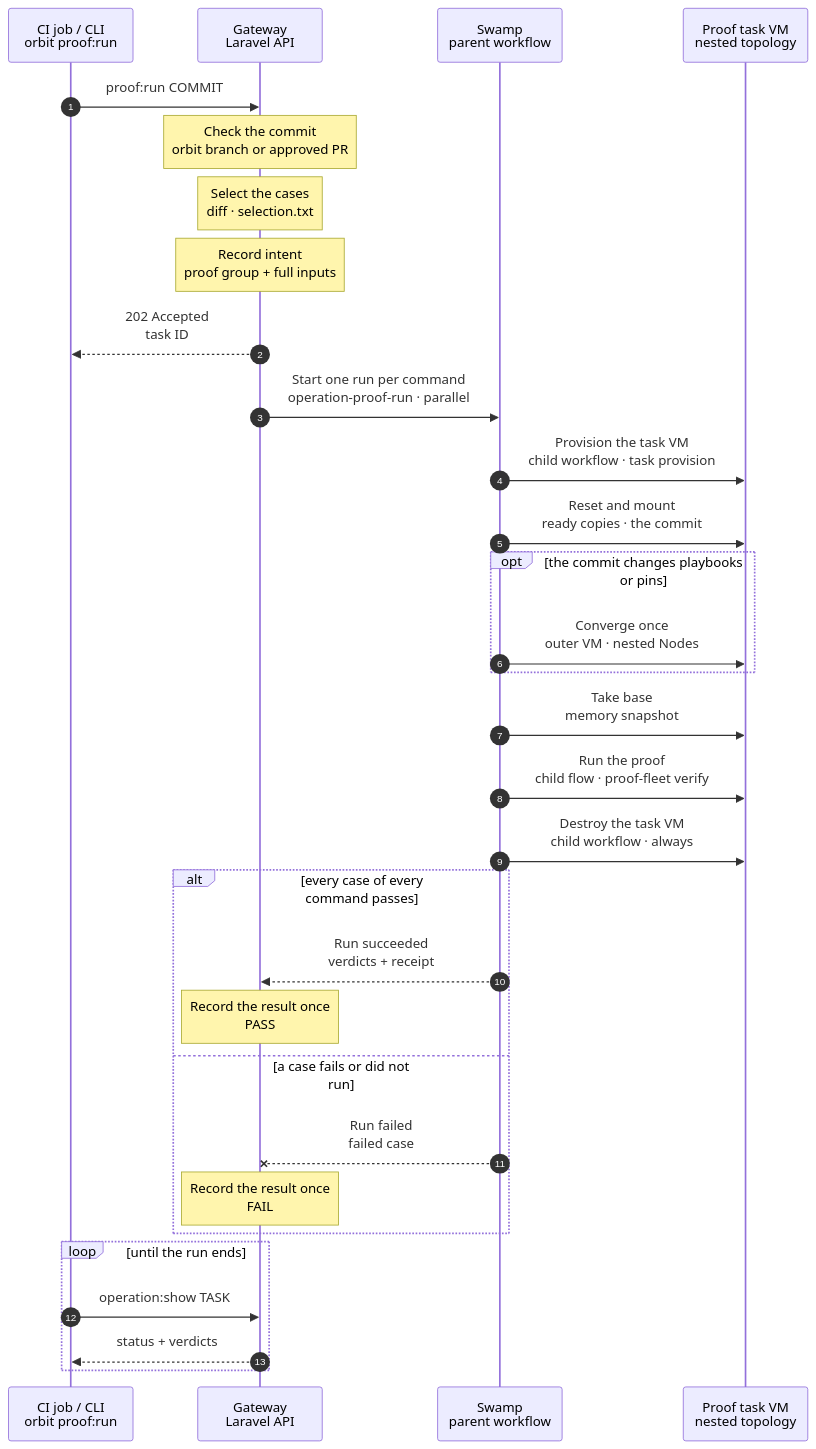
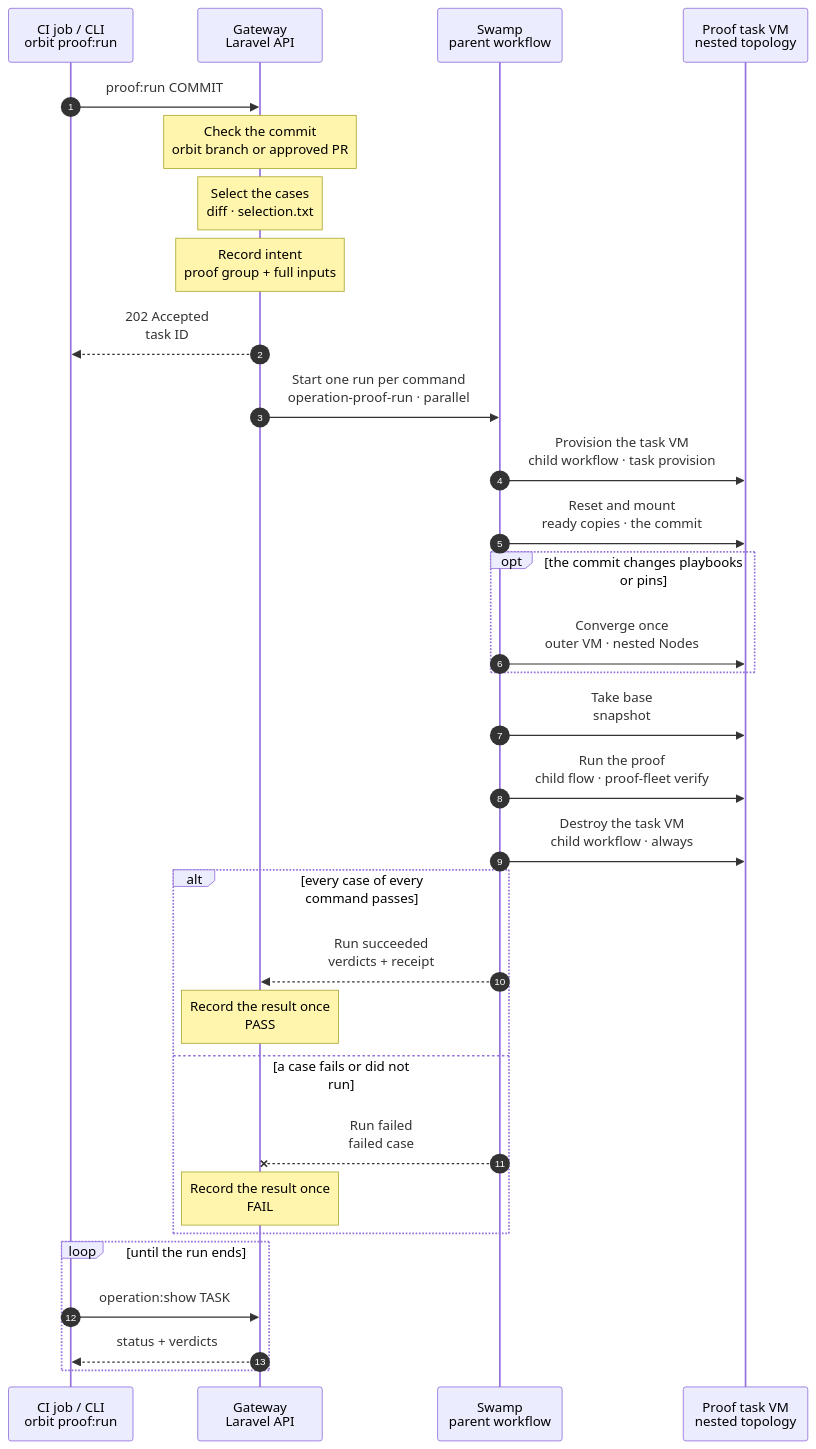
Before and after one commit to hardimpactdev/orbit: the diagram in docs/cli/proof/run.mmd, drawn with Mermaid. The commit also changed 53 other files, not shown here.

First line of the commit message:
Run the nested fleet of a task VM in Incus system containers

```diff
--- a/docs/cli/proof/run.mmd
+++ b/docs/cli/proof/run.mmd
@@ -1,78 +1,78 @@
 sequenceDiagram
   %% Target design: one Swamp flow for proof:run (Nick + orchestrator, 2026-11-05). Gateway admits intent; each selected command gets its own parent run on its own proof VM, all in parallel; each run does provision, verify and cancel as children; Gateway projects each run once.
   %% status: draft
   %% command: proof:run
   %% kind: proof.run
   autonumber
   %% lane CLI icon=terminal pill=caller tone=gray
   %% lane GW icon=gateway pill=intent tone=blue
   %% lane SW icon=workflow pill=executes tone=green
   %% lane VM icon=server pill=target tone=amber
   participant CLI as CI job / CLI<br/>orbit proof:run
   participant GW as Gateway<br/>Laravel API
   participant SW as Swamp<br/>parent workflow
   participant VM as Proof task VM<br/>nested topology
   CLI->>GW: proof:run COMMIT
   %%> The CI job on a beast or shark runner, or a person, passes only the commit SHA.
   Note over GW: Check the commit<br/>orbit branch or approved PR
   %%> Refuses a commit that is not on a hardimpactdev/orbit branch, or an outside PR without review and the run-proofs label.
   Note over GW: Select the cases<br/>diff · selection.txt
   %%> Docs-only changes end here: skipped, nothing to prove.
   Note over GW: Record intent<br/>proof group + full inputs
   %%> Creates the proof task group on Project 46 at the commit and renders every input the run needs. No more Gateway work until the end.
   %%> - the intent of each run also holds `head` and `merge_base`, for the proof that a new case fails on the merge base (stage 3 chart)
   GW-->>CLI: 202 Accepted<br/>task ID
   GW->>SW: Start one run per command<br/>operation-proof-run · parallel
   %%> One PR changes one command, so usually one run. Each run has its own proof VM, as stage 3 says; one failing command does not stop the others.
   %%> Built:
   %%> - the Gateway admits one Operation `proof.command` for each selected command, each on a task group of its own, and Swamp runs the workflow `operation-proof-run` for it; the runs start at once and run in parallel
   %%> - each run records itself once, from its terminal event, and the `proof.run` that the CLI follows closes when the last run has ended
   %%> Decided by the orchestrator, for Nick's review:
   %%> - the CLI follows one Gateway record, `proof.run`, because it needs one task ID; each run is an Operation of its own, so each has one Swamp run, one terminal event and one projection
   %%> - the Gateway closes `proof.run` from the records of the runs and runs nothing; it passes only when every run passed
   %%> - a proof needs the nested fleet, so each proof VM is placed only on a host whose seed holds usable ready copies of the current format (stage 2 chart); with no such host free, admission answers `tasks.capacity_unavailable`, even when a skipped host has free slots
   %%> - if one run cannot be admitted, for example when no host has room, nothing is kept: all the groups and VMs are admitted in one transaction and roll back together, no Swamp run starts, and `proof.run` fails with the reason
   SW->>VM: Provision the task VM<br/>child workflow · task provision
   %%> The same path every task uses today: clone the task image and seed, boot, enrol, check out the commit.
   SW->>VM: Reset and mount<br/>ready copies · the commit
   %%> What it does:
   %%> - Orbit's own Swamp reaches into the task VM over SSH, like every other step, and resets the nested topology from the ready copies
   %%> - pushes the proof Swamp Club key from its vault into the nested Gateway; the nested Gateway runs its own Swamp as part of the Orbit under test
-  %%> - the nested Gateway and app-dev mount the VM's checkout of the commit over NFS (stage 2); `composer install` and `bun install` ran in the VM's checkout; then the apply step: migrations and a restart of the long-running services
+  %%> - the nested Gateway and app-dev have the VM's checkout of the commit as a disk device (stage 2); `composer install` and `bun install` ran in the VM's checkout; then the apply step: migrations and a restart of the long-running services
   %%> Built, not yet passed live:
   %%> - the reset is the workflow `task-nested-fleet` inside `operation-task-provision` (start from the ready copies, apply, readiness, take `base`); the old direct reset was removed. By 2026-11-06, 12 of 22 fleet starts succeeded; the build of a fleet from scratch (`task_vm.fleet_build`) has not succeeded yet
   opt the commit changes playbooks or pins
     SW->>VM: Converge once<br/>outer VM · nested Nodes
     %%> What it does:
     %%> - image playbooks on the outer VM; role playbooks and pins on the nested Nodes, through the nested Orbit's `node:converge`
     %%> - the nested Orbit reads the playbooks from the mounted checkout; the proof never resets the outer VM, so this lasts the whole run
     %%> - the base images are not touched; only the merge and the seed refresh change them
   end
-  SW->>VM: Take base<br/>memory snapshot
+  SW->>VM: Take base<br/>snapshot
   %%> What it does:
-  %%> - an Incus stateful snapshot `base` of the three nested VMs, with any converged state in it
+  %%> - a plain Incus snapshot `base` of the three nested containers, with any converged state in it
   %%> - it holds the Club key; accepted because the VM and its snapshots are destroyed after the run
   SW->>VM: Run the proof<br/>child flow · proof-fleet verify
   %%> What it does:
   %%> - each batch applies its declared start state; its cases run one after another with their own resources and no undo
   %%> - a batch setup that fails stops the run, and the remaining cases become `unrun`
   %%> - built, not yet passed live: the restore of `base` before each batch and after a case that did not pass is the workflow `proof-fleet-restore`; 0 of 2 runs succeeded by 2026-11-06; the old restore was removed
   %%> - one verdict per case, as in the proof stage of the [command development pipeline](/reference/command-development-pipeline)
   %%> - built: the parent run starts the Swamp workflow `proof-fleet-verify` on Node 209 as a child, with the cases file and the pinned SSH target of this VM; it runs the runner over official SSH, one child per batch and one per case, and no second Swamp runs for this step
   %%> - the parent run joins the verdict lines in its `Report` step; the Gateway reads that step once, when the run ends, and records the verdicts; no step calls back
   SW->>VM: Destroy the task VM<br/>child workflow · always
   %%> Runs after success or failure, so no proof VM is left behind.
   %%> Built:
   %%> - the child `operation-task-cancel` with the input that the Gateway captured with the VM at admission; if it did not run or failed, the Gateway cancels the group the normal way, which destroys the VM
   alt every case of every command passes
     SW-->>GW: Run succeeded<br/>verdicts + receipt
     Note over GW: Record the result once<br/>PASS
   else a case fails or did not run
     SW--xGW: Run failed<br/>failed case
     Note over GW: Record the result once<br/>FAIL
   end
   loop until the run ends
     CLI->>GW: operation:show TASK
     GW-->>CLI: status + verdicts
   end
   %%> The CI job passes or fails on the verdict; the merge requires it, and the proof does not run again after the merge.
```
